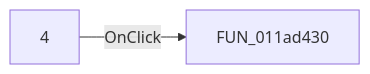
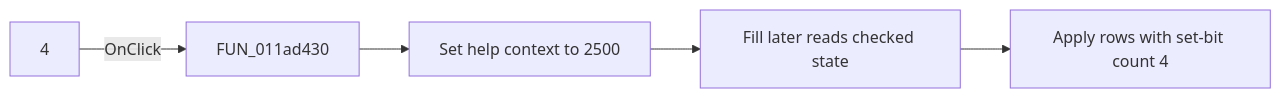
One commit to MovGP0/TIARA changed the diagram in docs/ui-controls/tables-form/checkbox5-a9c3dd8fce.md. Above: the diagram before and after it, drawn with Mermaid. The commit also changed other lines of this file and 387 other files, not shown here.

````diff
--- a/docs/ui-controls/tables-form/checkbox5-a9c3dd8fce.md
+++ b/docs/ui-controls/tables-form/checkbox5-a9c3dd8fce.md
@@ -27,4 +27,7 @@
 ```mermaid
 flowchart LR
     control["4"] -->|OnClick| handler["FUN_011ad430"]
+    handler --> topic["Set help context to 2500"]
+    topic --> fill["Fill later reads checked state"]
+    fill --> rows["Apply rows with set-bit count 4"]
 ```
````
